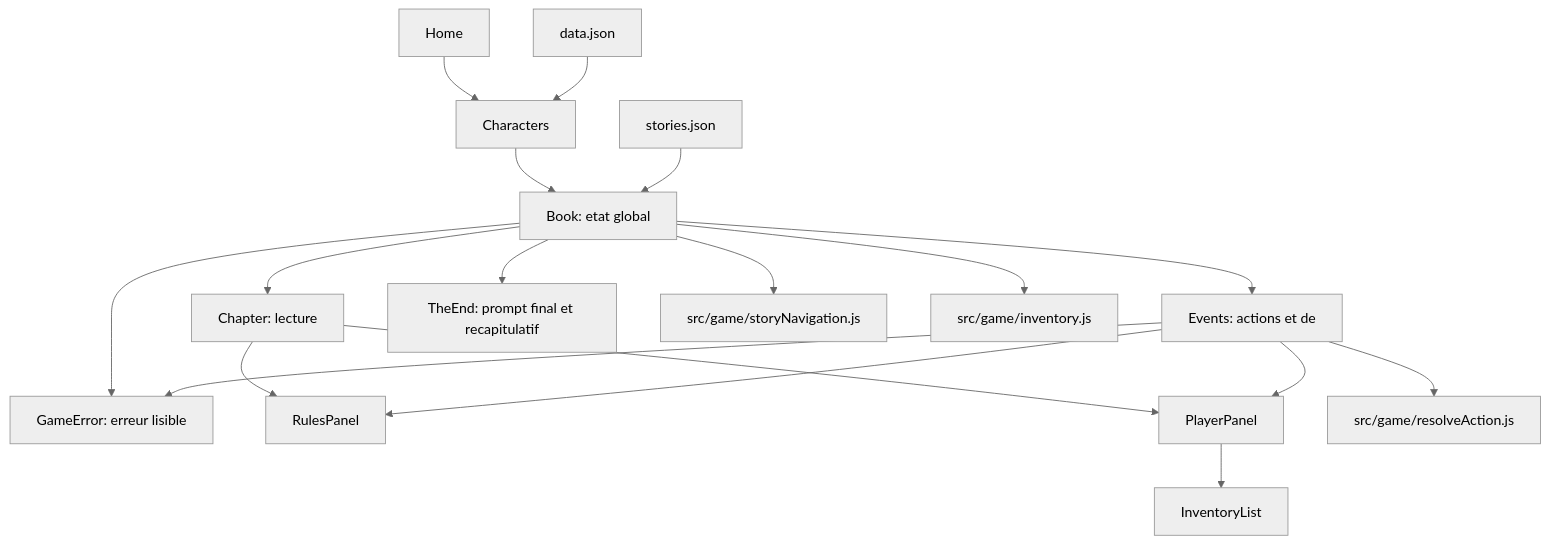
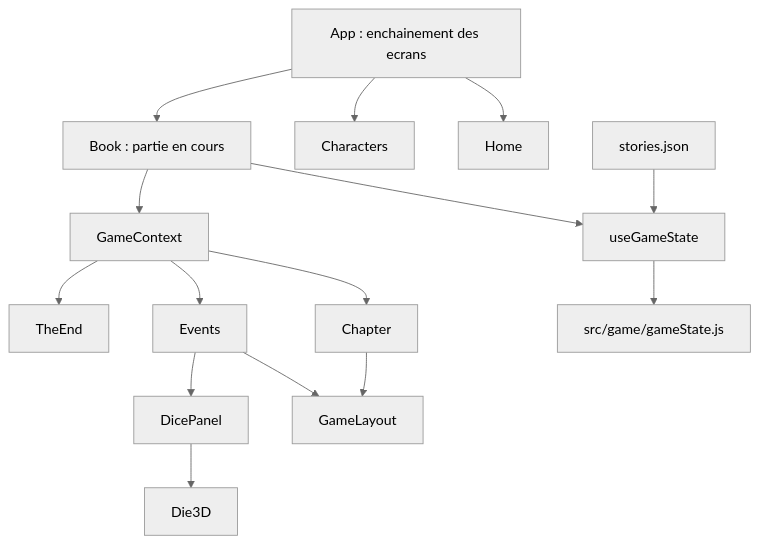
Before and after one commit to Pierre-OlivierB/choice_project: the diagram in architecture.md, drawn with Mermaid (neutral theme). The commit also changed other lines of this file and 76 other files, not shown here.

````diff
--- a/architecture.md
+++ b/architecture.md
@@ -13,20 +13,17 @@
 ```mermaid
 flowchart TD
-  Home["Home"] --> Characters["Characters"]
-  Characters --> Book["Book: etat global"]
-  Book --> Chapter["Chapter: lecture"]
-  Book --> Events["Events: actions et de"]
-  Book --> TheEnd["TheEnd: prompt final et recapitulatif"]
-  Book --> GameError["GameError: erreur lisible"]
-  Events --> GameError
-  Chapter --> RulesPanel["RulesPanel"]
-  Chapter --> PlayerPanel["PlayerPanel"]
-  Events --> RulesPanel
-  Events --> PlayerPanel
-  PlayerPanel --> InventoryList["InventoryList"]
-  Book --> StoryNavigation["src/game/storyNavigation.js"]
-  Book --> Inventory["src/game/inventory.js"]
-  Events --> ResolveAction["src/game/resolveAction.js"]
-  Stories["stories.json"] --> Book
-  CharactersData["data.json"] --> Characters
+  App["App : enchainement des ecrans"] --> Home
+  App --> Characters
+  App --> Book["Book : partie en cours"]
+  Book --> useGameState
+  useGameState --> gameReducer["src/game/gameState.js"]
+  Book --> Context["GameContext"]
+  Context --> Chapter
+  Context --> Events
+  Context --> TheEnd
+  Chapter --> GameLayout
+  Events --> GameLayout
+  Events --> DicePanel
+  DicePanel --> Die3D
+  Stories["stories.json"] --> useGameState
 ```
````
